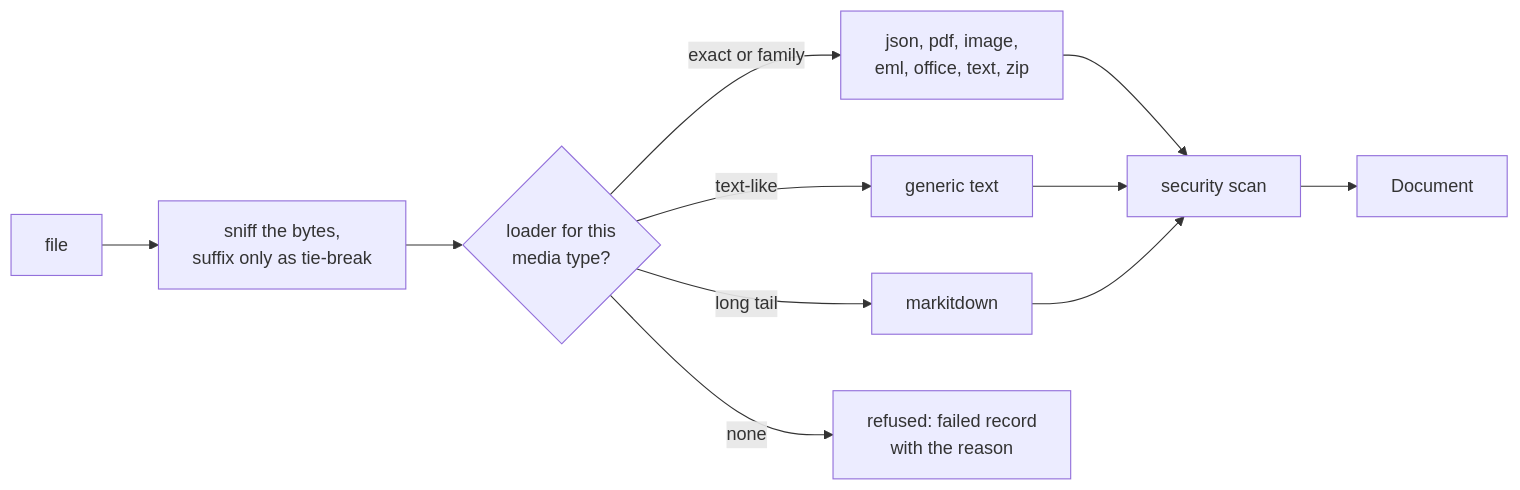
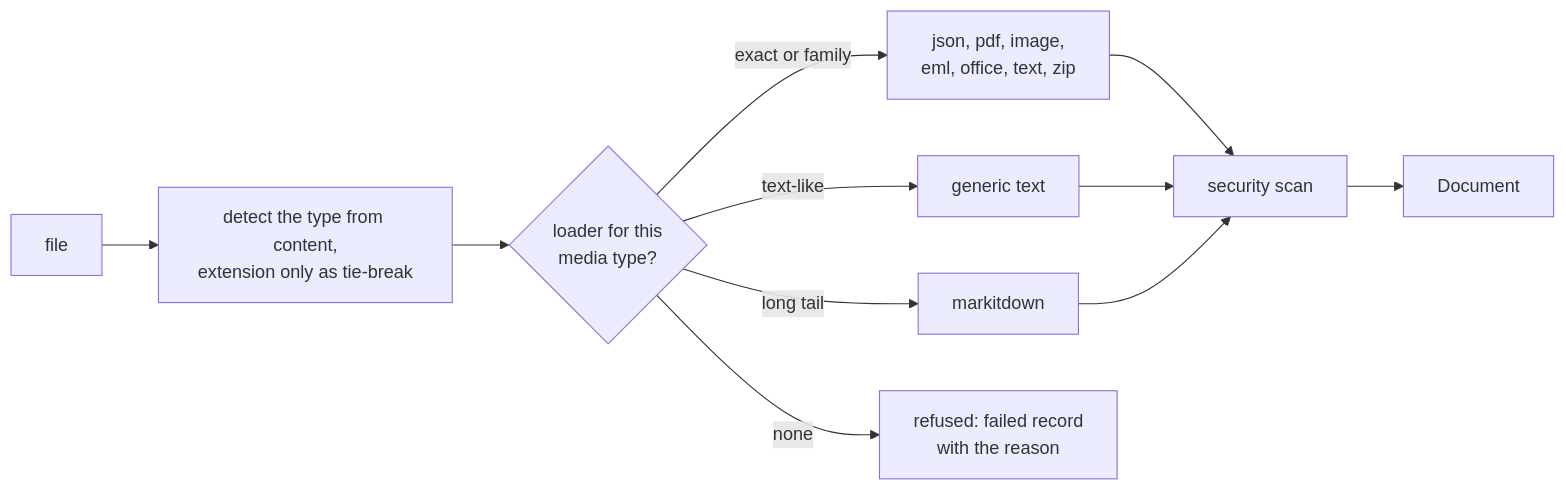
The second of 3 diagrams in PLAN.md (sean-carmody5/docintel), drawn with Mermaid before and after one commit. The commit also changed other lines of this file and 5 other files, not shown here.

````diff
--- a/PLAN.md
+++ b/PLAN.md
@@ -55,13 +55,13 @@
 ```mermaid
 flowchart LR
-  A[file] --> S[sniff the bytes,<br/>suffix only as tie-break]
+  A[file] --> S[detect the type from content,<br/>extension only as tie-break]
   S --> R{loader for this<br/>media type?}
   R -->|exact or family| L[json, pdf, image,<br/>eml, office, text, zip]
   R -->|text-like| T[generic text]
   R -->|long tail| M[markitdown]
   R -->|none| U[refused: failed record<br/>with the reason]
   L --> SEC[security scan]
   T --> SEC
   M --> SEC
   SEC --> DOC[Document]
 ```
````
